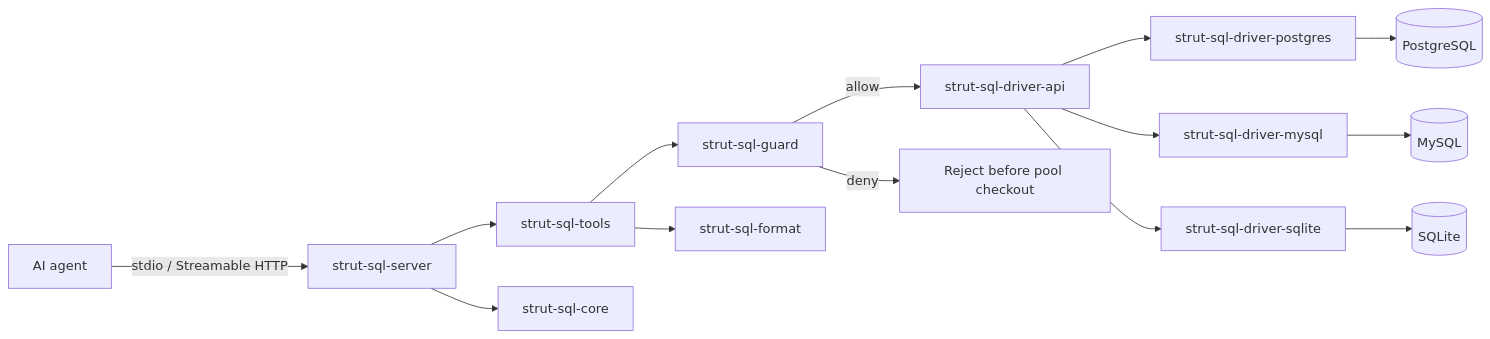
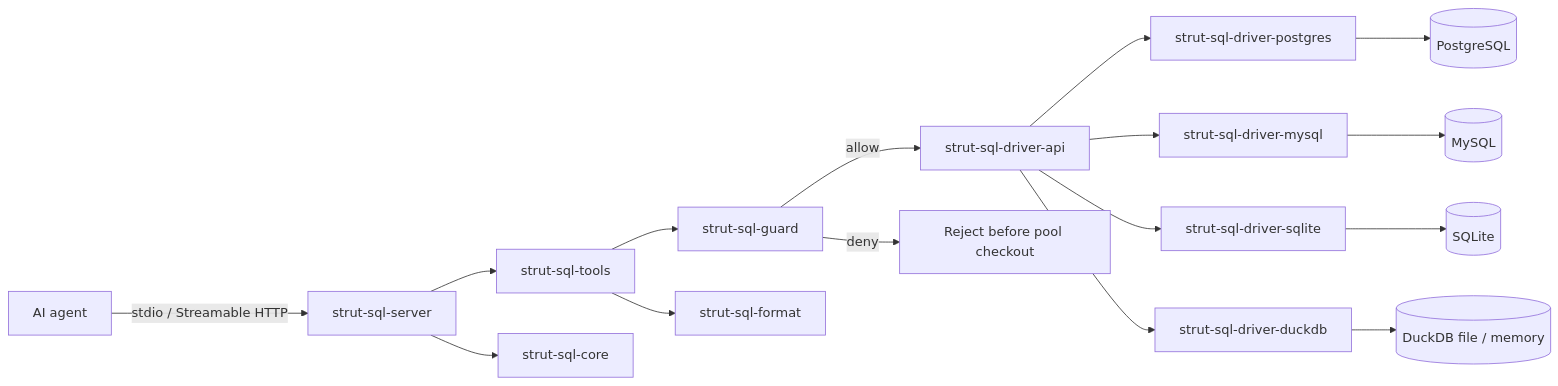
One commit to rzlco666/strut-stack-sql changed the diagram in README.md. Above: the diagram before and after it, drawn with Mermaid. The commit also changed other lines of this file and 33 other files, not shown here.

First line of the commit message:
feat(v2): add embedded DuckDB driver (R3-01 probe)

````diff
--- a/README.md
+++ b/README.md
@@ -136,16 +136,18 @@
 ```mermaid
 flowchart LR
   Agent[AI agent] -->|stdio / Streamable HTTP| Server[strut-sql-server]
   Server --> Tools[strut-sql-tools]
   Tools --> Guard[strut-sql-guard]
   Guard -->|allow| DriverAPI[strut-sql-driver-api]
   Guard -->|deny| NoDB[Reject before pool checkout]
   DriverAPI --> PG[strut-sql-driver-postgres]
   DriverAPI --> MY[strut-sql-driver-mysql]
   DriverAPI --> SQ[strut-sql-driver-sqlite]
+  DriverAPI --> DK[strut-sql-driver-duckdb]
   PG --> DB[(PostgreSQL)]
   MY --> DB2[(MySQL)]
   SQ --> DB3[(SQLite)]
+  DK --> DB4[(DuckDB file / memory)]
   Tools --> Format[strut-sql-format]
   Server --> Core[strut-sql-core]
 ```
````
